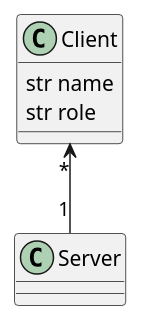
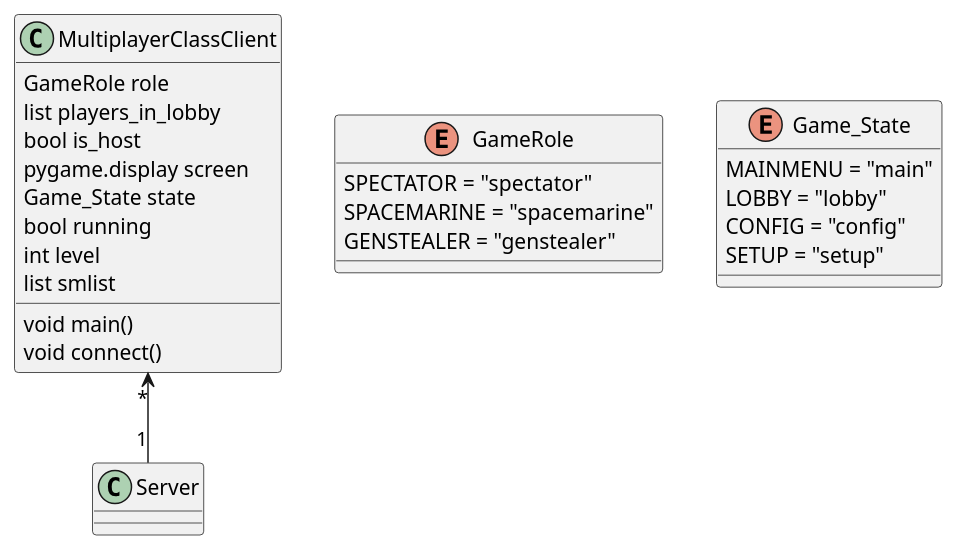
One commit to Kerr206011/Space-Hulk-2 changed the diagram in Testübersicht.puml. Above: the diagram before and after it, drawn with PlantUML. The commit also changed 8 other files, not shown here.

```diff
--- a/Testübersicht.puml
+++ b/Testübersicht.puml
@@ -1,11 +1,32 @@
-@startuml
-class Client {
-  str name
-  str role
+@startuml Game
+class MultiplayerClassClient {
+  GameRole role
+  list players_in_lobby
+  bool is_host
+  pygame.display screen
+  Game_State state
+  bool running
+  int level
+  list smlist
+
+  void main() 
+  void connect()
 }
 
+enum GameRole{
+  SPECTATOR = "spectator"
+  SPACEMARINE = "spacemarine"
+  GENSTEALER = "genstealer"
+}
+
+enum Game_State{
+  MAINMENU = "main"
+  LOBBY = "lobby"
+  CONFIG = "config"
+  SETUP = "setup"
+}
 class Server {
 }
 
-Client "*" <-- "1" Server
+MultiplayerClassClient "*" <-- "1" Server
 @enduml
```
